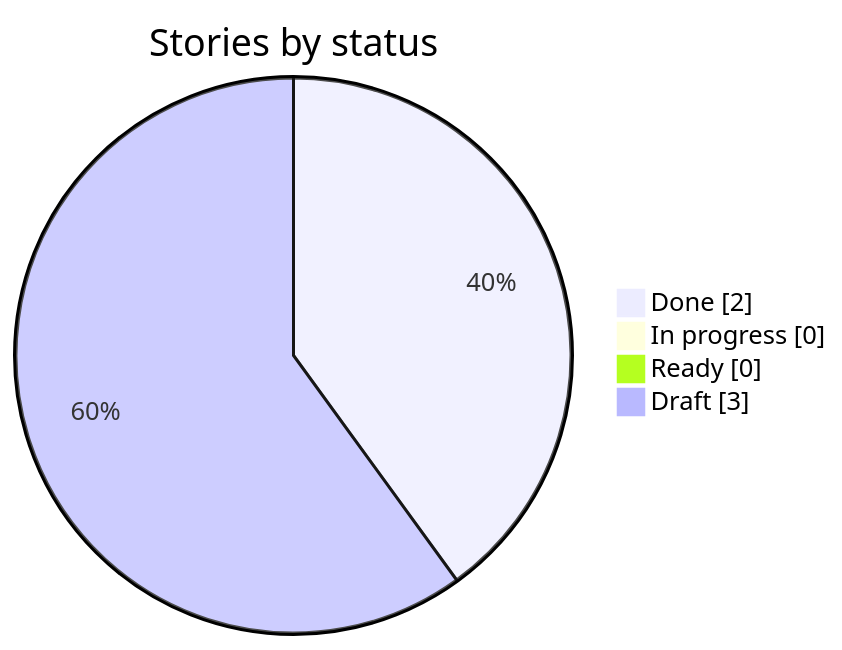
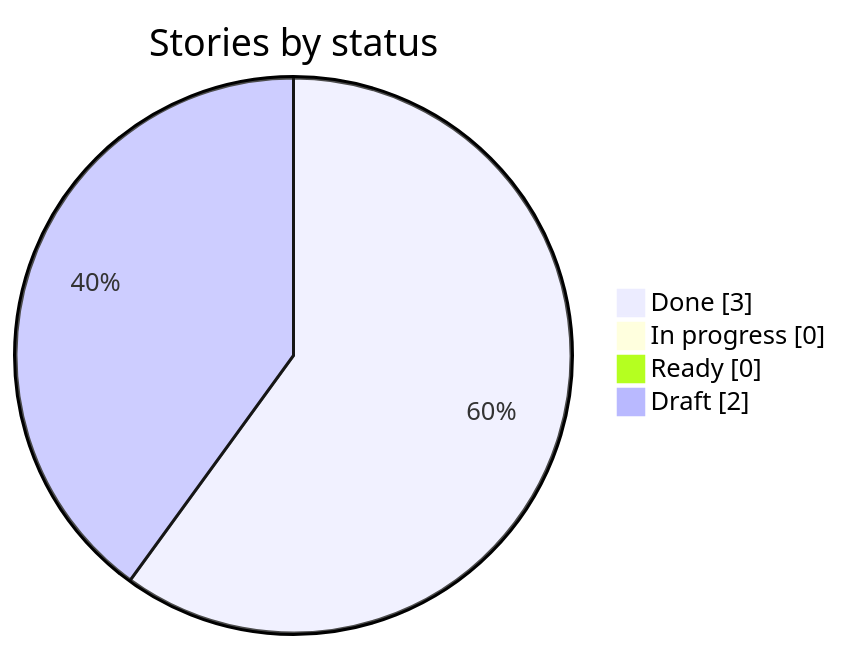
The first of 2 diagrams in docs/progress.md (HebaGaber/roofing-crm), drawn with Mermaid before and after one commit. The commit also changed other lines of this file, not shown here.

````diff
--- a/docs/progress.md
+++ b/docs/progress.md
@@ -9,7 +9,7 @@
 ```mermaid
 pie showData title Stories by status
-  "Done" : 2
+  "Done" : 3
   "In progress" : 0
   "Ready" : 0
-  "Draft" : 3
+  "Draft" : 2
 ```
````
